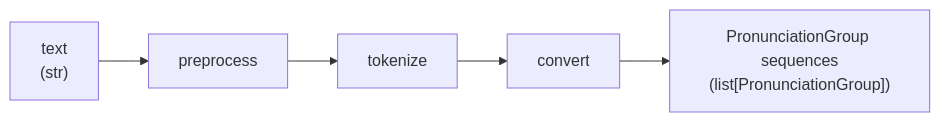
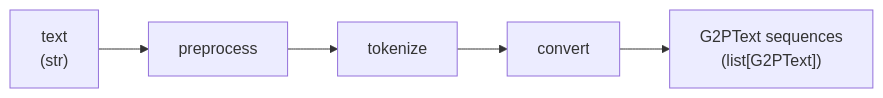
Before and after one commit to Xiantaidu/TIFA: the diagram in docs/G2P.md, drawn with Mermaid. The commit also changed other lines of this file and 9 other files, not shown here.

````diff
--- a/docs/G2P.md
+++ b/docs/G2P.md
@@ -7,7 +7,7 @@
 ```mermaid
 flowchart LR
     Text["text<br/>(str)"] --> PP[preprocess]
     PP --> Tok[tokenize]
     Tok --> Conv[convert]
-    Conv --> Ph["PronunciationGroup sequences<br/>(list[PronunciationGroup])"]
+    Conv --> Ph["G2PText sequences<br/>(list[G2PText])"]
 ```
````
